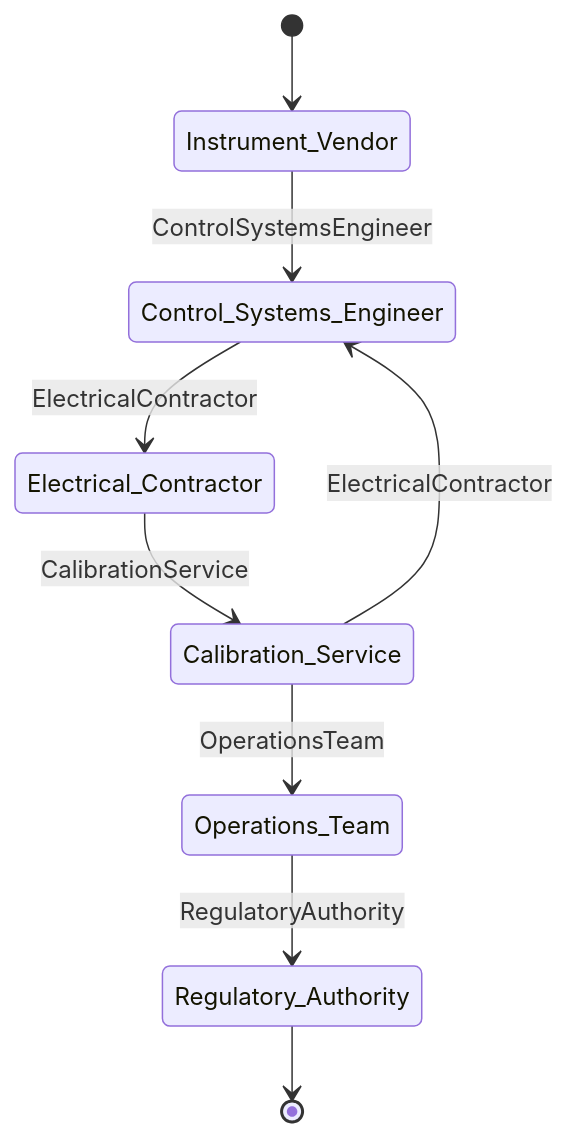
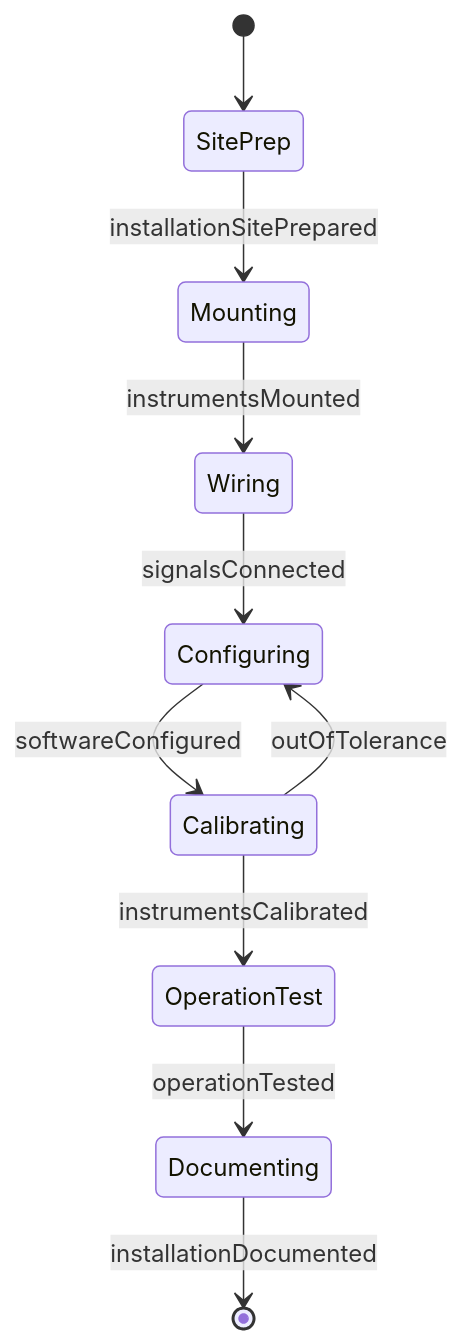
Before and after one commit to dot-org-ai/tasks.org.ai: the second of 4 diagrams in HandlingAndMovingObjects/AssembleEquipmentOrComponents/InstallGaugesControls.mdx, drawn with Mermaid. The commit also changed other lines of this file and 515 other files, not shown here.

````diff
--- a/HandlingAndMovingObjects/AssembleEquipmentOrComponents/InstallGaugesControls.mdx
+++ b/HandlingAndMovingObjects/AssembleEquipmentOrComponents/InstallGaugesControls.mdx
@@ -101,11 +99,12 @@
 ```mermaid
 stateDiagram-v2
-    [*] --> Instrument_Vendor
-    Instrument_Vendor --> Control_Systems_Engineer: ControlSystemsEngineer
-    Control_Systems_Engineer --> Electrical_Contractor: ElectricalContractor
-    Electrical_Contractor --> Calibration_Service: CalibrationService
-    Calibration_Service --> Operations_Team: OperationsTeam
-    Operations_Team --> Regulatory_Authority: RegulatoryAuthority
-    Calibration_Service --> Control_Systems_Engineer: ElectricalContractor
-    Regulatory_Authority --> [*]
+    [*] --> SitePrep
+    SitePrep --> Mounting : installationSitePrepared
+    Mounting --> Wiring : instrumentsMounted
+    Wiring --> Configuring : signalsConnected
+    Configuring --> Calibrating : softwareConfigured
+    Calibrating --> OperationTest : instrumentsCalibrated
+    OperationTest --> Documenting : operationTested
+    Calibrating --> Configuring : outOfTolerance
+    Documenting --> [*] : installationDocumented
 ```
````
